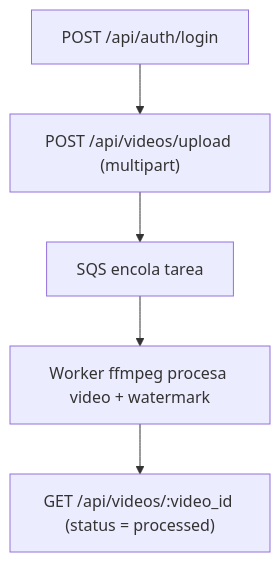
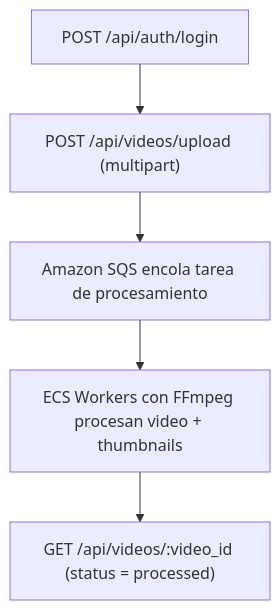
Before and after one commit to tatoand97/Sistema-de-Videos-y-Ranking: the second of 2 diagrams in capacity-planning/README.md, drawn with Mermaid. The commit also changed other lines of this file, not shown here.

````diff
--- a/capacity-planning/README.md
+++ b/capacity-planning/README.md
@@ -92,7 +93,7 @@
 ```mermaid
 flowchart TD
   A["POST /api/auth/login"] --> B["POST /api/videos/upload (multipart)"]
-  B --> C["SQS encola tarea"]
-  C --> D["Worker ffmpeg procesa video + watermark"]
+  B --> C["Amazon SQS encola tarea de procesamiento"]
+  C --> D["ECS Workers con FFmpeg procesan video + thumbnails"]
   D --> E["GET /api/videos/:video_id (status = processed)"]
 ```
````
